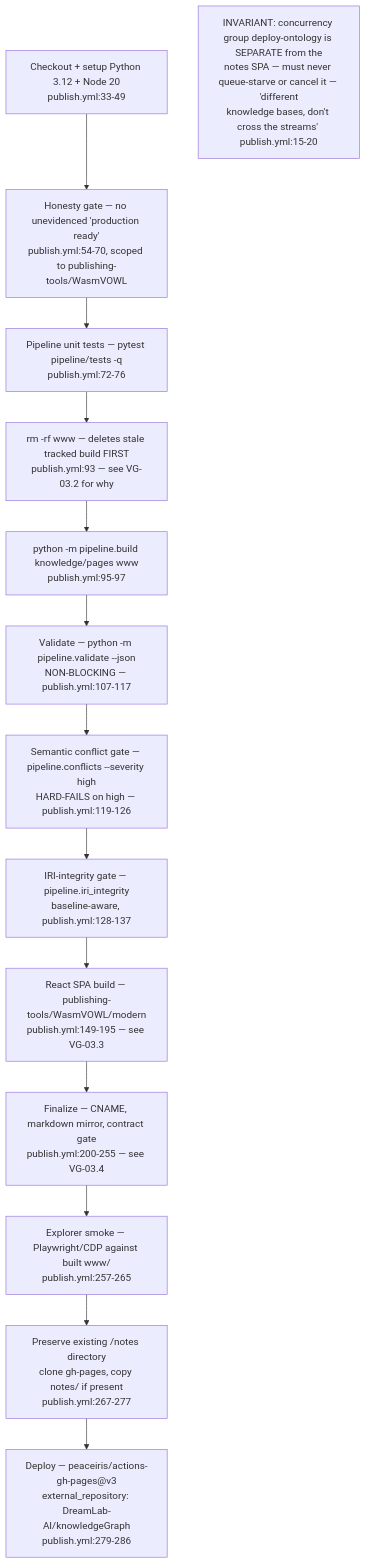
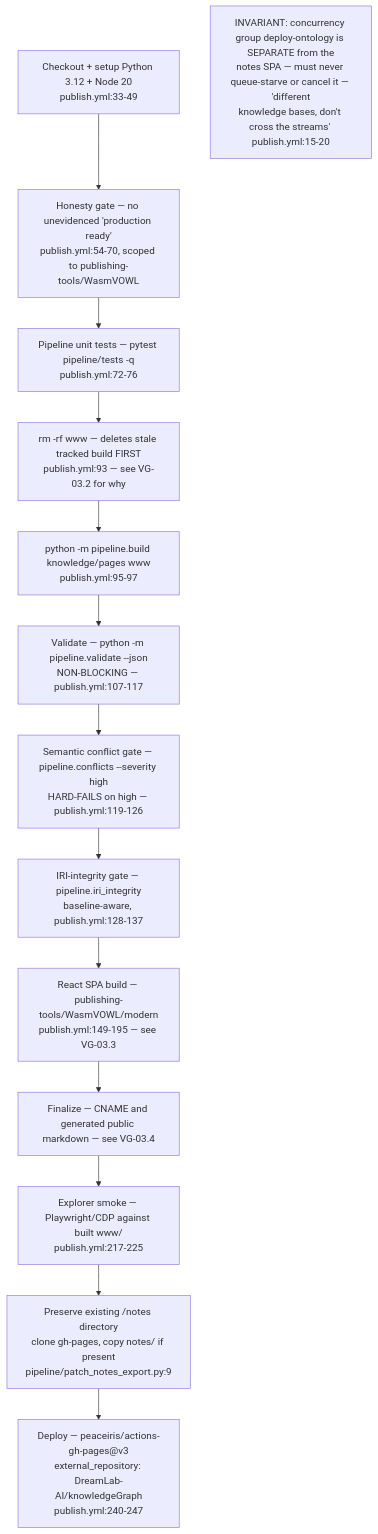
Before and after one commit to DreamLab-AI/VisionFlow: the first of 4 diagrams in docs/diagrams/visiongraph/03-publish-pipeline-and-explorer-build.md, drawn with Mermaid. The commit also changed other lines of this file and 52 other files, not shown here.

First line of the commit message:
docs(diagrams): wave 3 checkpoint — bare line refs resolved, revision-pinned cite-check, VC-05/AB-01..13 re-attested

````diff
--- a/docs/diagrams/visiongraph/03-publish-pipeline-and-explorer-build.md
+++ b/docs/diagrams/visiongraph/03-publish-pipeline-and-explorer-build.md
@@ -17,18 +19,18 @@
 ```mermaid
 flowchart TD
     CO["Checkout + setup Python 3.12 + Node 20<br/>publish.yml:33-49"]
     HON["Honesty gate — no unevidenced 'production ready'<br/>publish.yml:54-70, scoped to publishing-tools/WasmVOWL"]
     PYT["Pipeline unit tests — pytest pipeline/tests -q<br/>publish.yml:72-76"]
     RM["rm -rf www — deletes stale tracked build FIRST<br/>publish.yml:93 — see VG-03.2 for why"]
     BUILD["python -m pipeline.build knowledge/pages www<br/>publish.yml:95-97"]
     VAL["Validate — python -m pipeline.validate --json<br/>NON-BLOCKING — publish.yml:107-117"]
     CONF["Semantic conflict gate — pipeline.conflicts --severity high<br/>HARD-FAILS on high — publish.yml:119-126"]
     IRI["IRI-integrity gate — pipeline.iri_integrity<br/>baseline-aware, publish.yml:128-137"]
     SPA["React SPA build — publishing-tools/WasmVOWL/modern<br/>publish.yml:149-195 — see VG-03.3"]
-    FIN["Finalize — CNAME, markdown mirror, contract gate<br/>publish.yml:200-255 — see VG-03.4"]
-    SMOKE["Explorer smoke — Playwright/CDP against built www/<br/>publish.yml:257-265"]
-    NOTES["Preserve existing /notes directory<br/>clone gh-pages, copy notes/ if present<br/>publish.yml:267-277"]
-    DEPLOY["Deploy — peaceiris/actions-gh-pages@v3<br/>external_repository: DreamLab-AI/knowledgeGraph<br/>publish.yml:279-286"]
+    FIN["Finalize — CNAME and generated public markdown — see VG-03.4"]
+    SMOKE["Explorer smoke — Playwright/CDP against built www/<br/>publish.yml:217-225"]
+    NOTES["Preserve existing /notes directory<br/>clone gh-pages, copy notes/ if present<br/>pipeline/patch_notes_export.py:9"]
+    DEPLOY["Deploy — peaceiris/actions-gh-pages@v3<br/>external_repository: DreamLab-AI/knowledgeGraph<br/>publish.yml:240-247"]
     CO --> HON --> PYT --> RM --> BUILD --> VAL --> CONF --> IRI --> SPA --> FIN --> SMOKE --> NOTES --> DEPLOY
     note1["INVARIANT: concurrency group deploy-ontology is SEPARATE from the<br/>notes SPA — must never queue-starve or cancel it — 'different<br/>knowledge bases, don#39;t cross the streams' publish.yml:15-20"]
 ```
````
